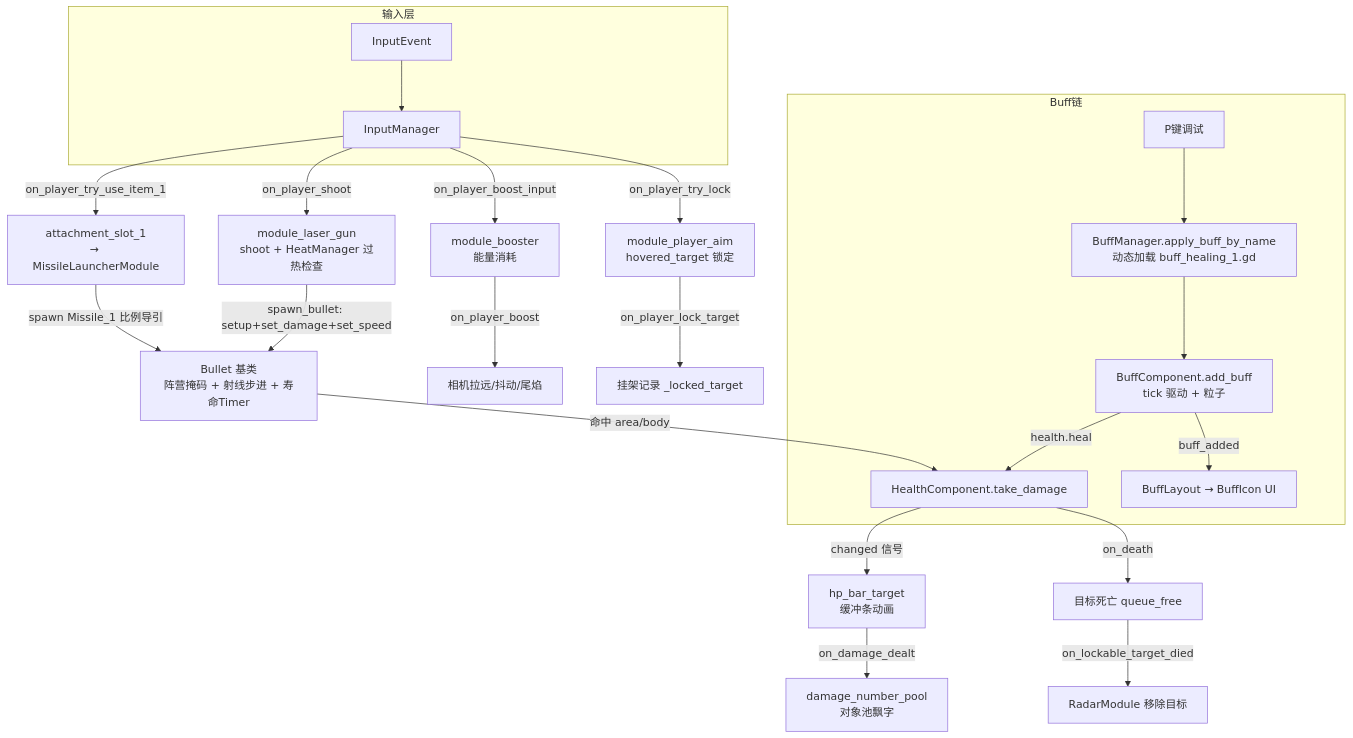
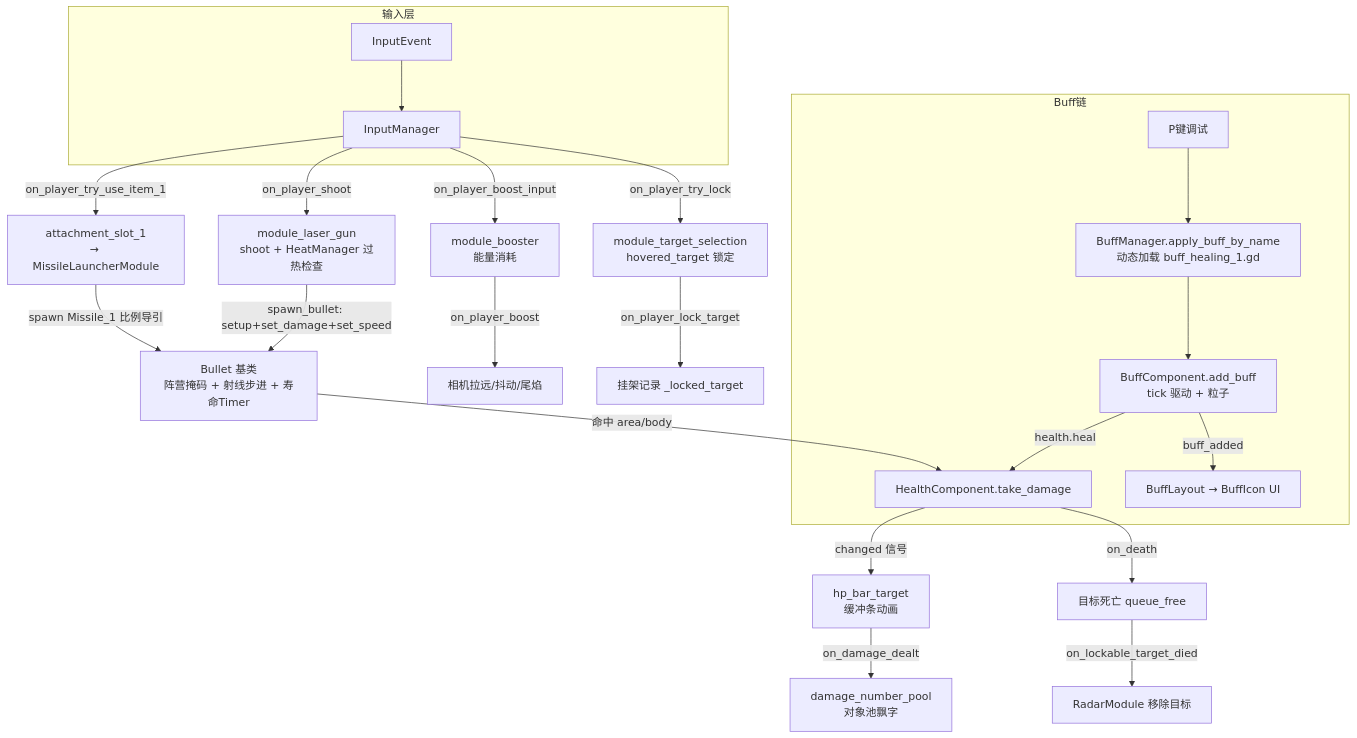
One commit to ZombieEggStew/my_space_playground changed the second of 2 diagrams in code-map.md. Above: the diagram before and after it, drawn with Mermaid. The commit also changed other lines of this file and 23 other files, not shown here.

````diff
--- a/code-map.md
+++ b/code-map.md
@@ -276,24 +277,24 @@
 ```mermaid
 flowchart TD
     subgraph 输入层
     A[InputEvent] --> B[InputManager]
     end
     B -->|on_player_shoot| C[module_laser_gun<br>shoot + HeatManager 过热检查]
     B -->|on_player_boost_input| D[module_booster<br>能量消耗] -->|on_player_boost| D1[相机拉远/抖动/尾焰]
-    B -->|on_player_try_lock| E[module_player_aim<br>hovered_target 锁定]
+    B -->|on_player_try_lock| E[module_target_selection<br>hovered_target 锁定]
     B -->|on_player_try_use_item_1| F[attachment_slot_1<br>→ MissileLauncherModule]
     E -->|on_player_lock_target| F2[挂架记录 _locked_target]
     F -->|spawn Missile_1 比例导引| G
     C -->|spawn_bullet: setup+set_damage+set_speed| G[Bullet 基类<br>阵营掩码 + 射线步进 + 寿命Timer]
     G -->|命中 area/body| H[HealthComponent.take_damage]
     H -->|changed 信号| I[hp_bar_target<br>缓冲条动画]
     I -->|on_damage_dealt| J[damage_number_pool<br>对象池飘字]
     H -->|on_death| K[目标死亡 queue_free]
     K -->|on_lockable_target_died| L[RadarModule 移除目标]
     subgraph Buff链
     M[P键调试] --> N[BuffManager.apply_buff_by_name<br>动态加载 buff_healing_1.gd]
     N --> O[BuffComponent.add_buff<br>tick 驱动 + 粒子]
     O -->|health.heal| H
     O -->|buff_added| P[BuffLayout → BuffIcon UI]
     end
 ```
````
